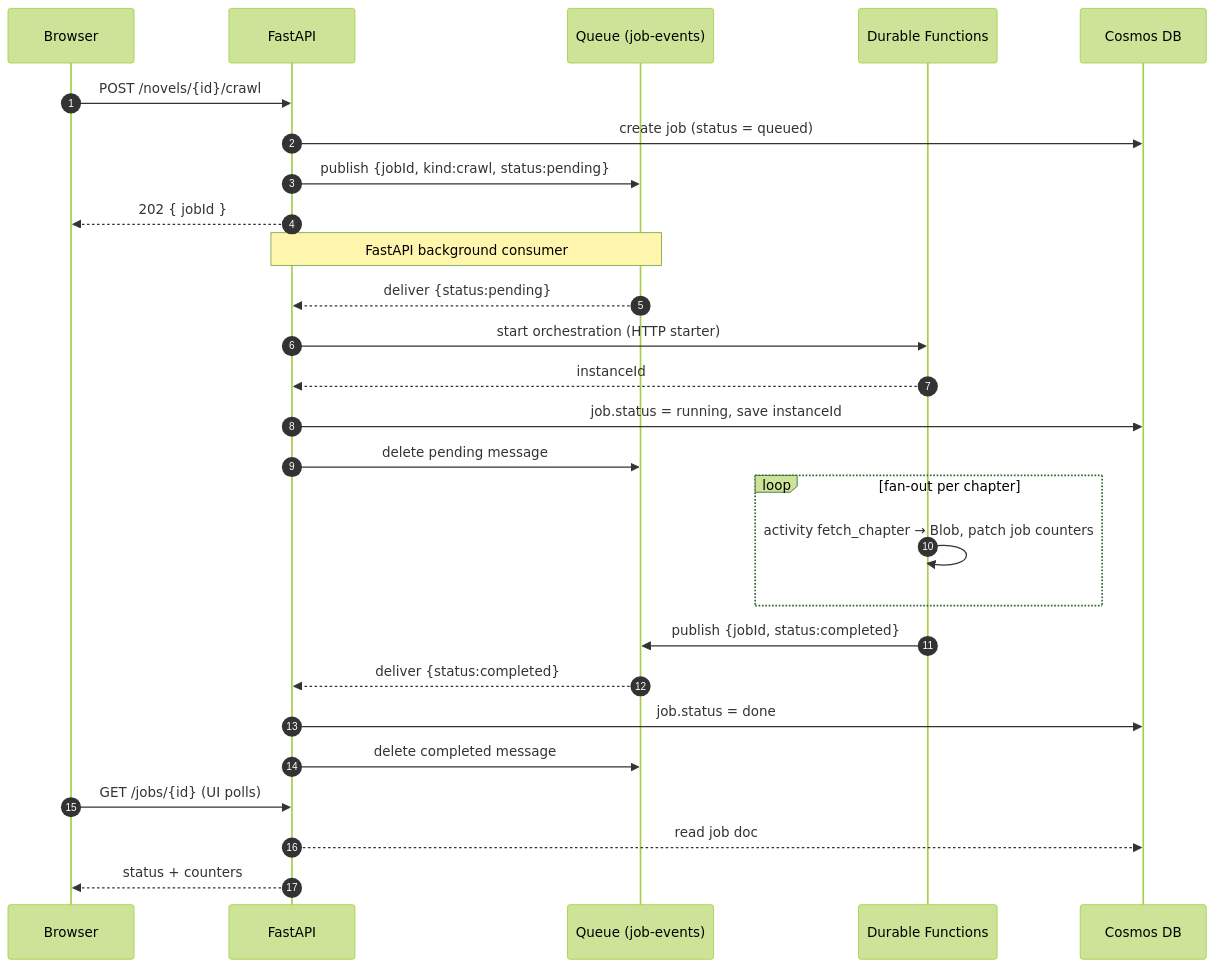
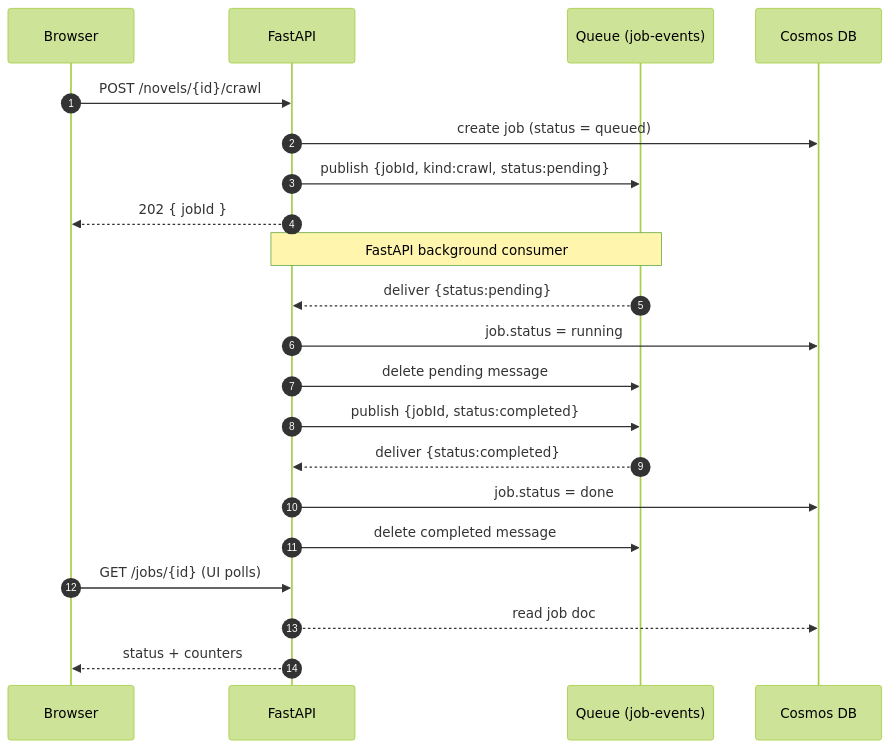
The third of 3 diagrams in docs/architecture.md (datntdev0/toolbox-media-studio), drawn with Mermaid (forest theme) before and after one commit. The commit also changed other lines of this file and 22 other files, not shown here.

````diff
--- a/docs/architecture.md
+++ b/docs/architecture.md
@@ -116,34 +93,27 @@
 ```mermaid
 sequenceDiagram
     autonumber
     participant U as Browser
     participant A as FastAPI
     participant Q as Queue (job-events)
-    participant D as Durable Functions
     participant C as Cosmos DB
 
     U->>A: POST /novels/{id}/crawl
     A->>C: create job (status = queued)
     A->>Q: publish {jobId, kind:crawl, status:pending}
     A-->>U: 202 { jobId }
 
     Note over A,Q: FastAPI background consumer
     Q-->>A: deliver {status:pending}
-    A->>D: start orchestration (HTTP starter)
-    D-->>A: instanceId
-    A->>C: job.status = running, save instanceId
+    A->>C: job.status = running
     A->>Q: delete pending message
 
-    loop fan-out per chapter
-        D->>D: activity fetch_chapter → Blob, patch job counters
-    end
-
-    D->>Q: publish {jobId, status:completed}
+    A->>Q: publish {jobId, status:completed}
     Q-->>A: deliver {status:completed}
     A->>C: job.status = done
     A->>Q: delete completed message
 
     U->>A: GET /jobs/{id}  (UI polls)
     A-->>C: read job doc
     A-->>U: status + counters
 ```
````
